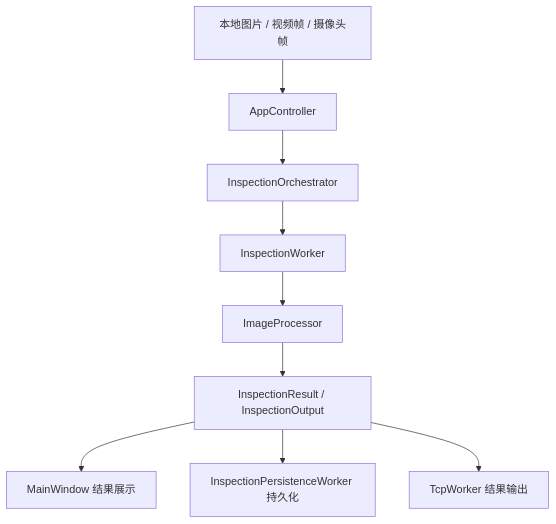
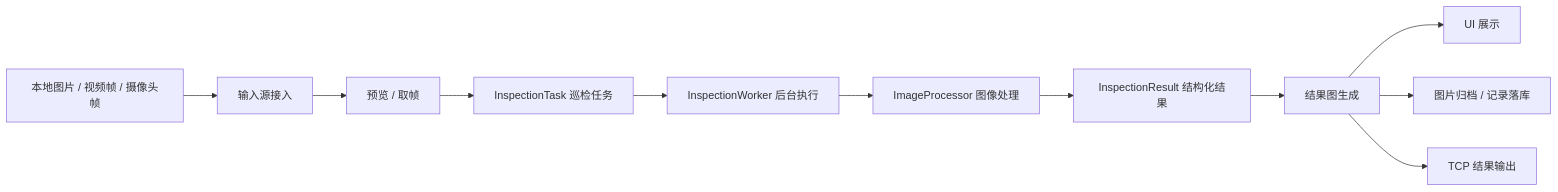
One commit to E1nesta/industrial-OpenCV changed the first of 3 diagrams in README.md. Above: the diagram before and after it, drawn with Mermaid. The commit also changed other lines of this file, not shown here.

````diff
--- a/README.md
+++ b/README.md
@@ -44,11 +33,13 @@
 ```mermaid
-flowchart TD
-    A["本地图片 / 视频帧 / 摄像头帧"] --> B["AppController"]
-    B --> C["InspectionOrchestrator"]
-    C --> D["InspectionWorker"]
-    D --> E["ImageProcessor"]
-    E --> F["InspectionResult / InspectionOutput"]
-    F --> G["MainWindow 结果展示"]
-    F --> H["InspectionPersistenceWorker 持久化"]
-    F --> I["TcpWorker 结果输出"]
+flowchart LR
+    A["本地图片 / 视频帧 / 摄像头帧"] --> B["输入源接入"]
+    B --> C["预览 / 取帧"]
+    C --> D["InspectionTask 巡检任务"]
+    D --> E["InspectionWorker 后台执行"]
+    E --> F["ImageProcessor 图像处理"]
+    F --> G["InspectionResult 结构化结果"]
+    G --> H["结果图生成"]
+    H --> I["UI 展示"]
+    H --> J["图片归档 / 记录落库"]
+    H --> K["TCP 结果输出"]
 ```
````
